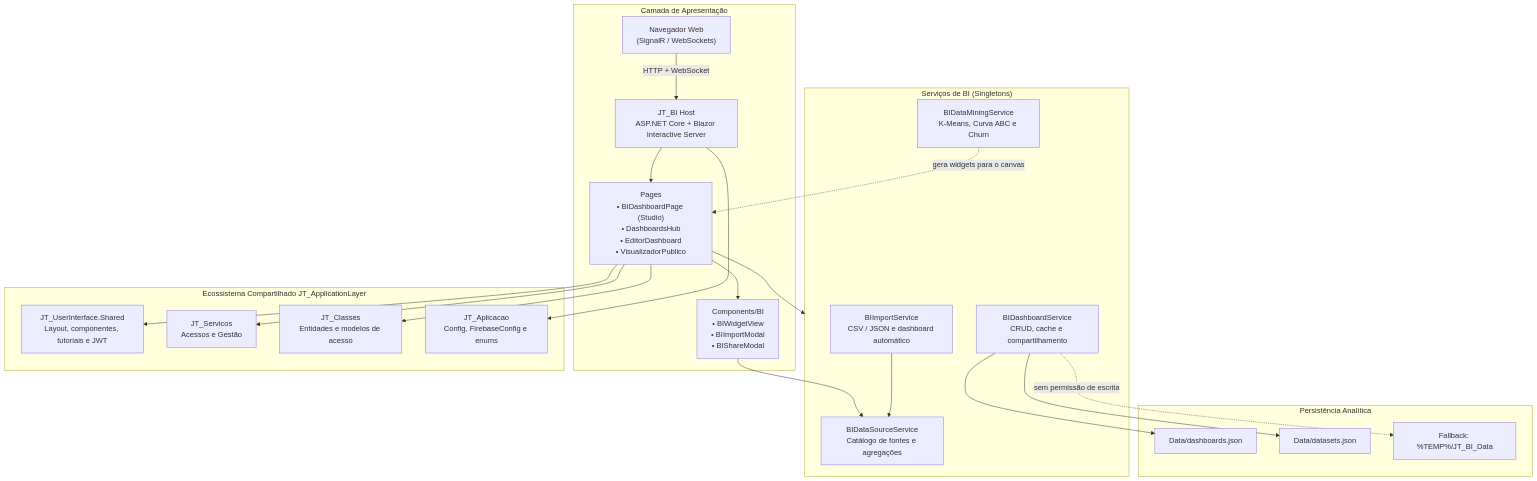
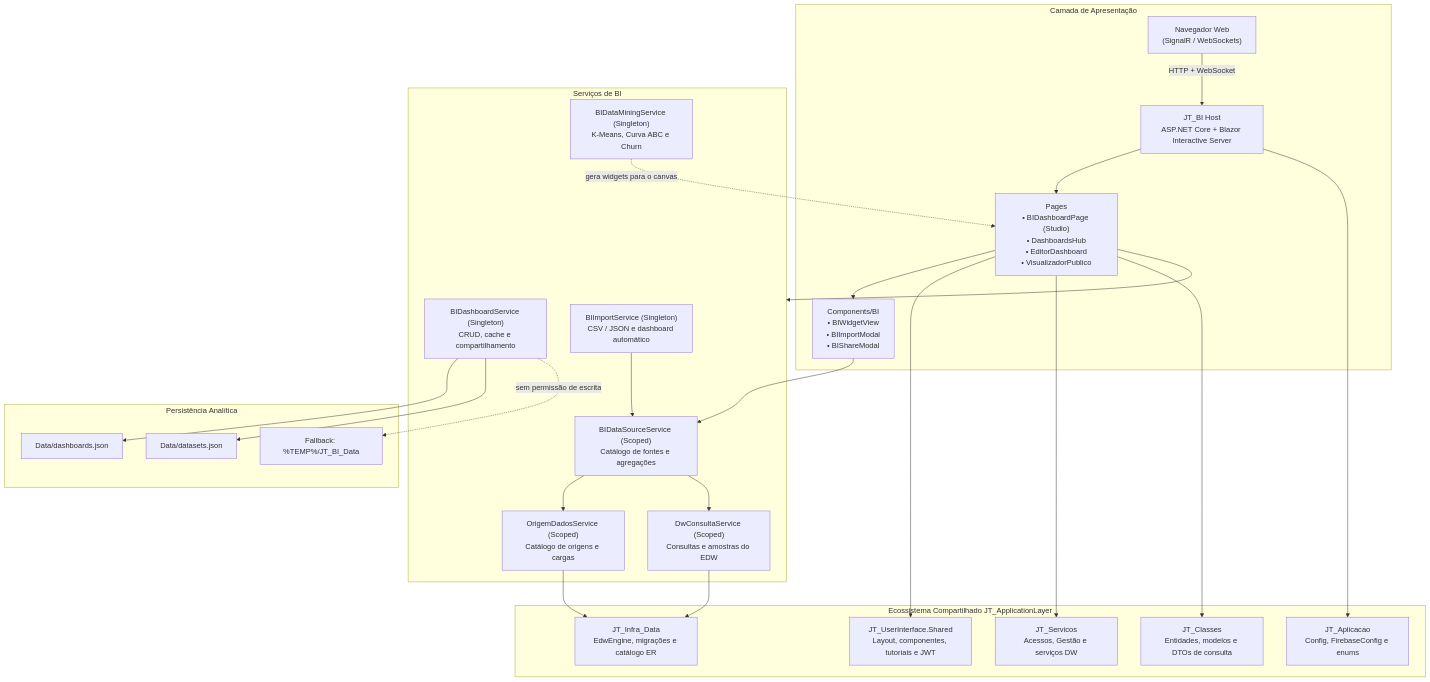
Before and after one commit to mrjalves/JT_BI: the first of 6 diagrams in docs/ARQUITETURA.md, drawn with Mermaid. The commit also changed other lines of this file and 12 other files, not shown here.

Commit message:
feat: add BI dashboard studio SPA and data mining capabilities

````diff
--- a/docs/ARQUITETURA.md
+++ b/docs/ARQUITETURA.md
@@ -15,46 +15,53 @@
 ```mermaid
 flowchart TD
     subgraph Apresentacao ["Camada de Apresentação"]
         Browser["Navegador Web<br/>(SignalR / WebSockets)"]
         Host["JT_BI Host<br/>ASP.NET Core + Blazor Interactive Server"]
         Pages["Pages<br/>• BIDashboardPage (Studio)<br/>• DashboardsHub<br/>• EditorDashboard<br/>• VisualizadorPublico"]
         Components["Components/BI<br/>• BIWidgetView<br/>• BIImportModal<br/>• BIShareModal"]
     end
 
-    subgraph ServicosBI ["Serviços de BI (Singletons)"]
-        DashboardSvc["BIDashboardService<br/>CRUD, cache e compartilhamento"]
-        DataSourceSvc["BIDataSourceService<br/>Catálogo de fontes e agregações"]
-        ImportSvc["BIImportService<br/>CSV / JSON e dashboard automático"]
-        MiningSvc["BIDataMiningService<br/>K-Means, Curva ABC e Churn"]
+    subgraph ServicosBI ["Serviços de BI"]
+        DashboardSvc["BIDashboardService (Singleton)<br/>CRUD, cache e compartilhamento"]
+        DataSourceSvc["BIDataSourceService (Scoped)<br/>Catálogo de fontes e agregações"]
+        ImportSvc["BIImportService (Singleton)<br/>CSV / JSON e dashboard automático"]
+        MiningSvc["BIDataMiningService (Singleton)<br/>K-Means, Curva ABC e Churn"]
+        EdwSvc["DwConsultaService (Scoped)<br/>Consultas e amostras do EDW"]
+        OrigemSvc["OrigemDadosService (Scoped)<br/>Catálogo de origens e cargas"]
     end
 
     subgraph Ecossistema ["Ecossistema Compartilhado JT_ApplicationLayer"]
         UIShared["JT_UserInterface.Shared<br/>Layout, componentes, tutoriais e JWT"]
-        Servicos["JT_Servicos<br/>Acessos e Gestão"]
-        Classes["JT_Classes<br/>Entidades e modelos de acesso"]
+        Servicos["JT_Servicos<br/>Acessos, Gestão e serviços DW"]
+        Classes["JT_Classes<br/>Entidades, modelos e DTOs de consulta"]
         Aplicacao["JT_Aplicacao<br/>Config, FirebaseConfig e enums"]
+        Infra["JT_Infra_Data<br/>EdwEngine, migrações e catálogo ER"]
     end
 
     subgraph Persistencia ["Persistência Analítica"]
         JsonDash["Data/dashboards.json"]
         JsonData["Data/datasets.json"]
         Temp["Fallback: %TEMP%/JT_BI_Data"]
     end
 
     Browser -->|"HTTP + WebSocket"| Host
     Host --> Pages
     Pages --> Components
     Pages --> ServicosBI
     Components --> DataSourceSvc
 
     Pages --> UIShared
     Pages --> Servicos
     Pages --> Classes
     Host --> Aplicacao
 
     DashboardSvc --> JsonDash
     DashboardSvc --> JsonData
     DashboardSvc -.->|"sem permissão de escrita"| Temp
     ImportSvc --> DataSourceSvc
+    DataSourceSvc --> OrigemSvc
+    DataSourceSvc --> EdwSvc
+    OrigemSvc --> Infra
+    EdwSvc --> Infra
     MiningSvc -.->|"gera widgets para o canvas"| Pages
 ```
````
